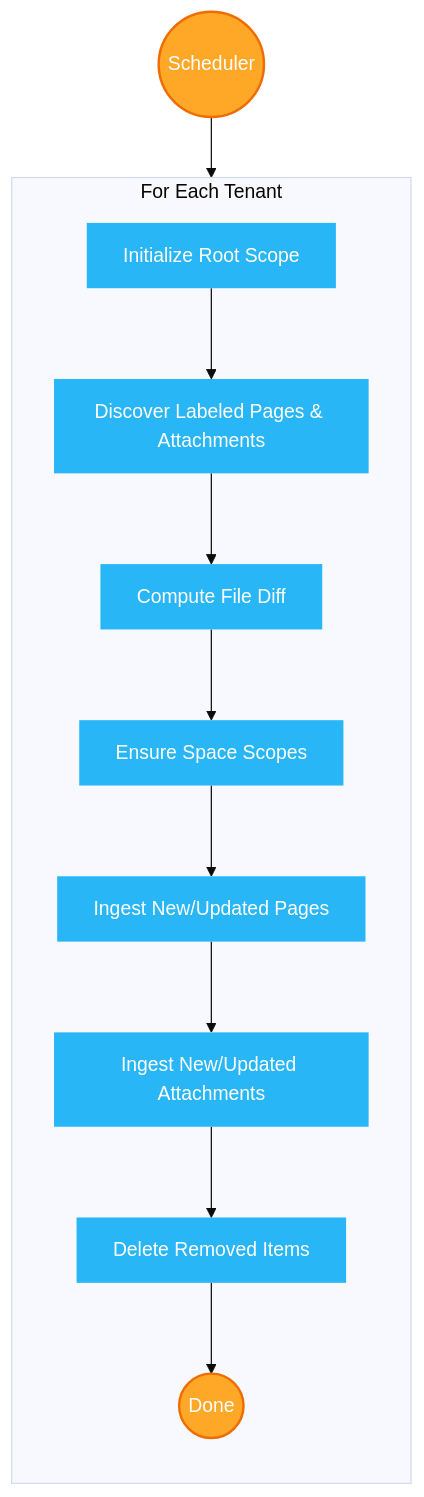
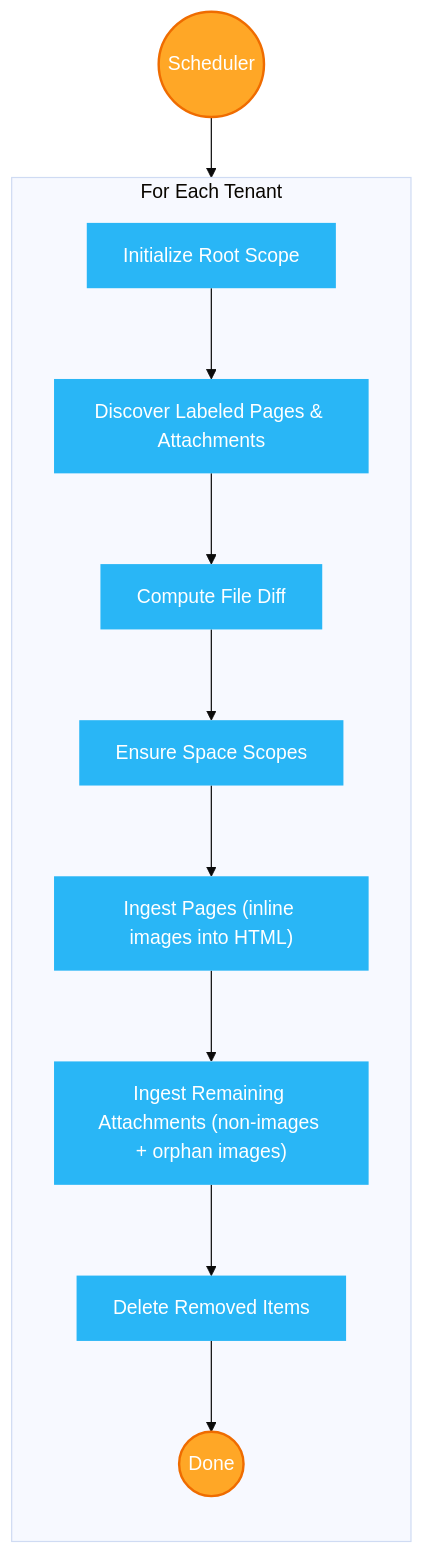
One commit to Unique-AG/connectors changed the first of 2 diagrams in services/confluence-connector/docs/README.md. Above: the diagram before and after it, drawn with Mermaid (base theme). The commit also changed other lines of this file and 4 other files, not shown here.

````diff
--- a/services/confluence-connector/docs/README.md
+++ b/services/confluence-connector/docs/README.md
@@ -123,33 +125,33 @@
 ```mermaid
 flowchart TB
   Start(("Scheduler"))
 
   subgraph TenantSync["For Each Tenant"]
     direction TB
 
     InitScope["Initialize Root Scope"]
     Discover["Discover Labeled Pages & Attachments"]
     Diff["Compute File Diff"]
     EnsureScopes["Ensure Space Scopes"]
-    IngestPages["Ingest New/Updated Pages"]
-    IngestAttachments["Ingest New/Updated Attachments"]
+    IngestPages["Ingest Pages (inline images into HTML)"]
+    IngestAttachments["Ingest Remaining Attachments (non-images + orphan images)"]
     Delete["Delete Removed Items"]
     Done(("Done"))
   end
 
   Start --> TenantSync
   InitScope --> Discover
   Discover --> Diff
   Diff --> EnsureScopes
   EnsureScopes --> IngestPages
   IngestPages --> IngestAttachments
   IngestAttachments --> Delete
   Delete --> Done
 
 classDef start fill:#FFA726,stroke:#EF6C00,stroke-width:2px,color:white
 classDef process fill:#29B6F6,stroke:#0277BD,stroke-width:0px,color:white
 classDef container fill:#F5F5F5,stroke:#BDBDBD,stroke-width:1px,stroke-dasharray: 5 5,color:#616161
 
 class Start,Done start
 class InitScope,Discover,Diff,EnsureScopes,IngestPages,IngestAttachments,Delete process
 ```
````
